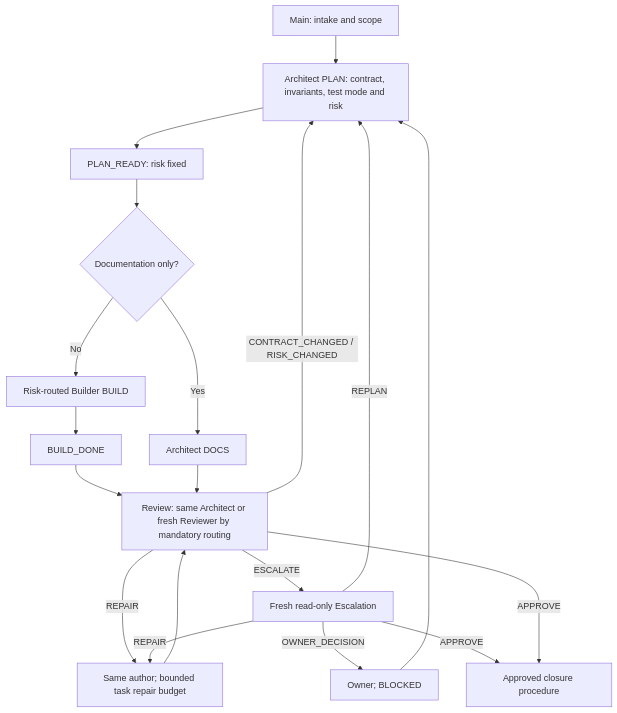
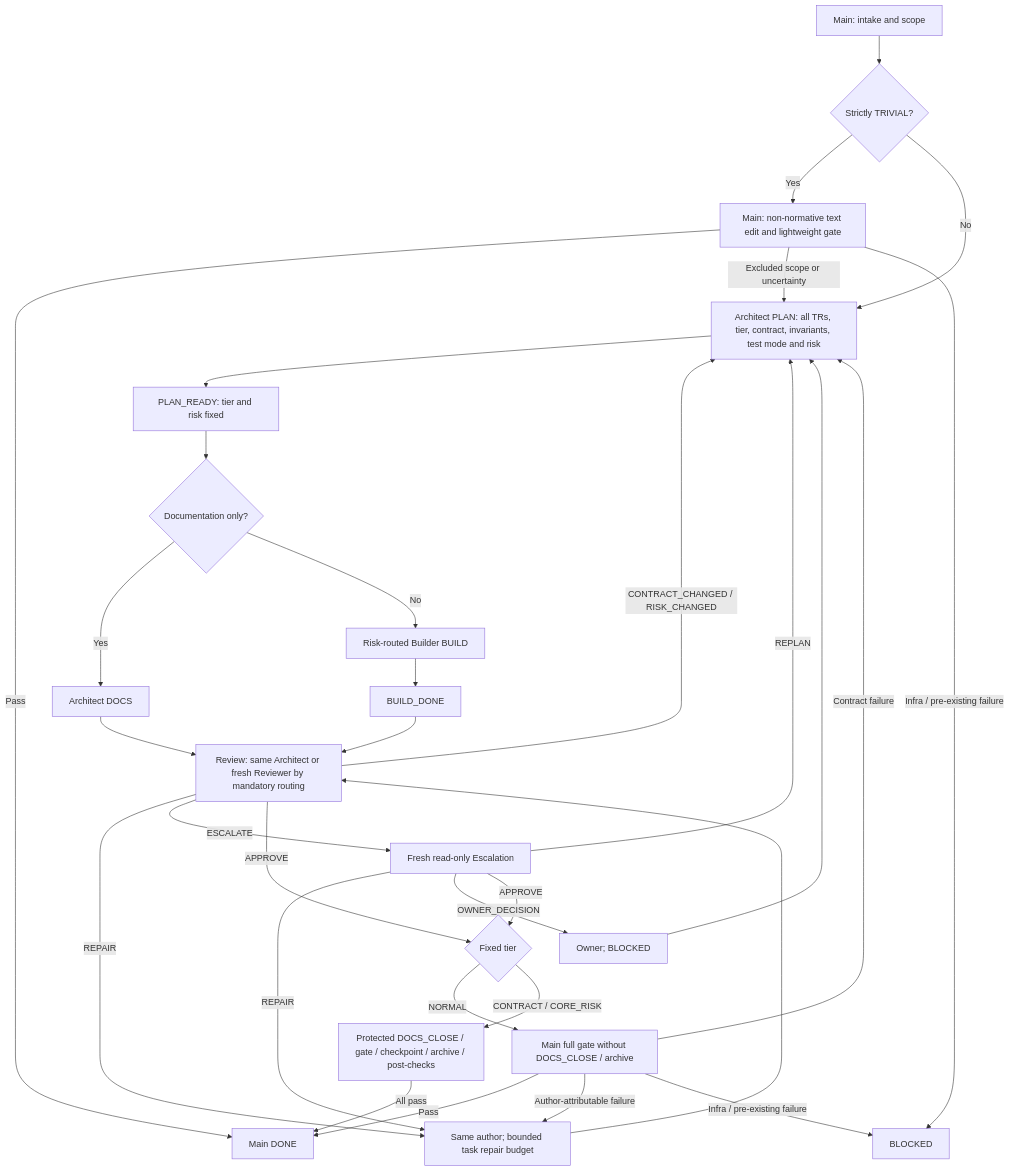
Before and after one commit to StanislavMalinovskiy/crypto-research-core: the diagram in docs/AGENT_WORKFLOW_MULTIAGENT.md, drawn with Mermaid. The commit also changed other lines of this file and 18 other files, not shown here.

````diff
--- a/docs/AGENT_WORKFLOW_MULTIAGENT.md
+++ b/docs/AGENT_WORKFLOW_MULTIAGENT.md
@@ -156,21 +168,33 @@
 ```mermaid
 flowchart TD
-  A["Main: intake and scope"] --> B["Architect PLAN: contract, invariants, test mode and risk"]
-  B --> C["PLAN_READY: risk fixed"]
+  A["Main: intake and scope"] --> T{"Strictly TRIVIAL?"}
+  T -->|"Yes"| TE["Main: non-normative text edit and lightweight gate"]
+  TE -->|"Pass"| DONE["Main DONE"]
+  TE -->|"Excluded scope or uncertainty"| B
+  TE -->|"Infra / pre-existing failure"| BL["BLOCKED"]
+  T -->|"No"| B["Architect PLAN: all TRs, tier, contract, invariants, test mode and risk"]
+  B --> C["PLAN_READY: tier and risk fixed"]
   C --> D{"Documentation only?"}
   D -->|"Yes"| E["Architect DOCS"]
   D -->|"No"| F["Risk-routed Builder BUILD"]
   F --> G["BUILD_DONE"]
   G --> H["Review: same Architect or fresh Reviewer by mandatory routing"]
   E --> H
   H -->|"REPAIR"| I["Same author; bounded task repair budget"]
   I --> H
   H -->|"CONTRACT_CHANGED / RISK_CHANGED"| B
   H -->|"ESCALATE"| J["Fresh read-only Escalation"]
   J -->|"REPAIR"| I
   J -->|"REPLAN"| B
   J -->|"OWNER_DECISION"| K["Owner; BLOCKED"]
   K --> B
-  J -->|"APPROVE"| L["Approved closure procedure"]
+  J -->|"APPROVE"| L{"Fixed tier"}
   H -->|"APPROVE"| L
+  L -->|"NORMAL"| NG["Main full gate without DOCS_CLOSE / archive"]
+  NG -->|"Pass"| DONE
+  NG -->|"Author-attributable failure"| I
+  NG -->|"Contract failure"| B
+  NG -->|"Infra / pre-existing failure"| BL
+  L -->|"CONTRACT / CORE_RISK"| CG["Protected DOCS_CLOSE / gate / checkpoint / archive / post-checks"]
+  CG -->|"All pass"| DONE
 ```
````
